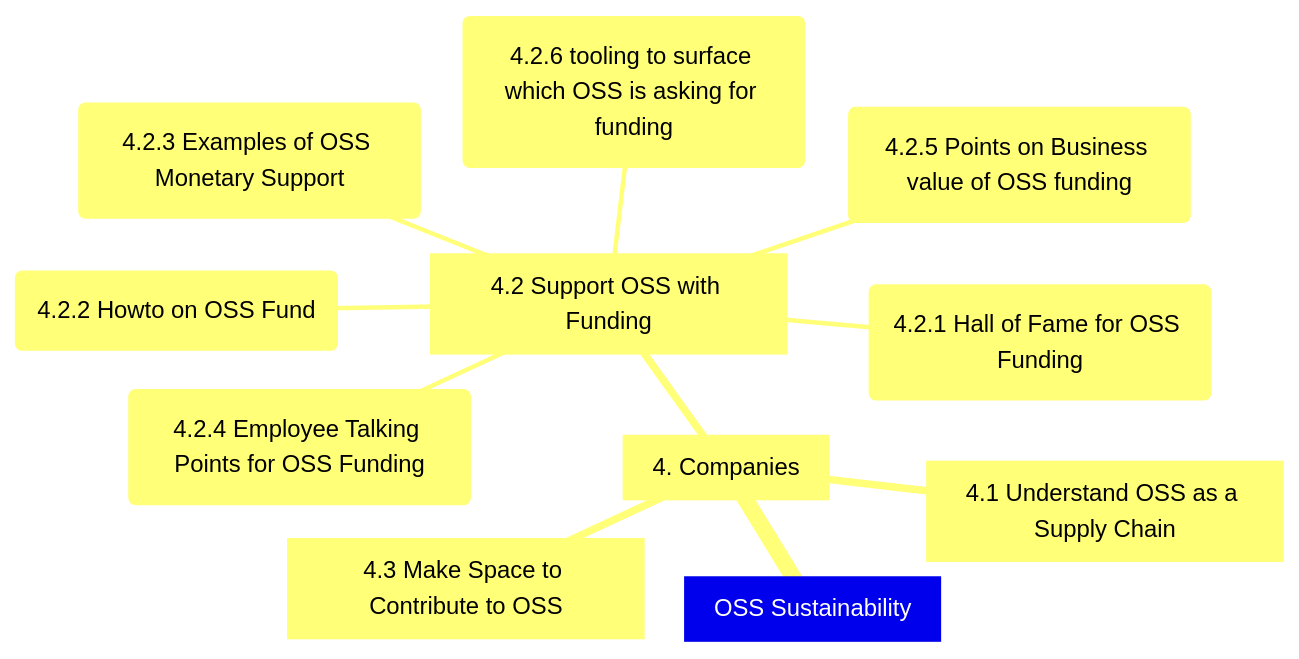
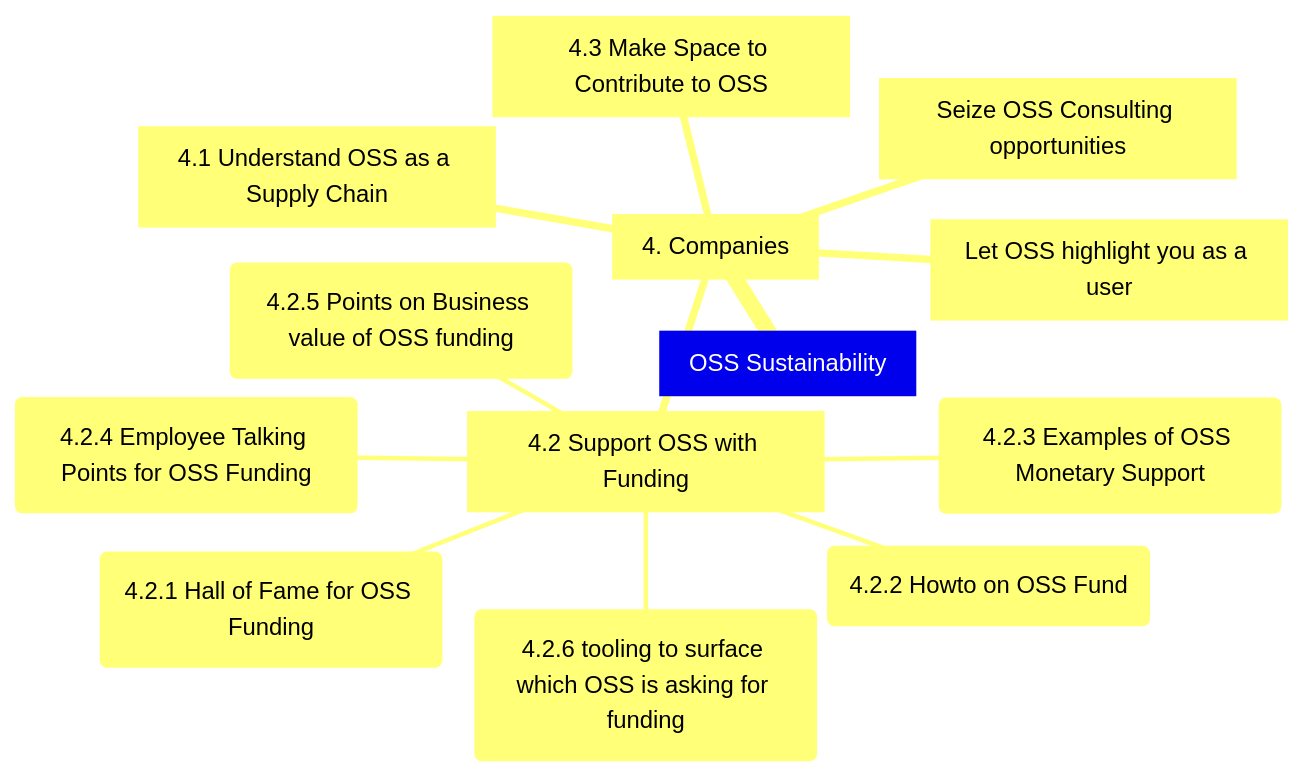
Before and after one commit to AWiderDotNET/home: the fourth of 8 diagrams in README.md, drawn with Mermaid. The commit also changed other lines of this file, not shown here.

````diff
--- a/README.md
+++ b/README.md
@@ -72,14 +74,16 @@
 ```mermaid
 mindmap
   root[OSS Sustainability]
     4[4. Companies]
       4.1[4.1 Understand OSS as a Supply Chain]
       4.2[4.2 Support OSS with Funding]
         4.2.1(4.2.1 Hall of Fame for OSS Funding)
         4.2.2(4.2.2 Howto on OSS Fund)
         4.2.3(4.2.3 Examples of OSS Monetary Support)
         4.2.4(4.2.4 Employee Talking Points for OSS Funding)
         4.2.5(4.2.5 Points on Business value of OSS funding)
         4.2.6(4.2.6 tooling to surface which OSS is asking for funding)
       4.3[4.3 Make Space to Contribute to OSS]
+      4.4[Let OSS highlight you as a user]
+      4.5[Seize OSS Consulting opportunities]
 ```
````
